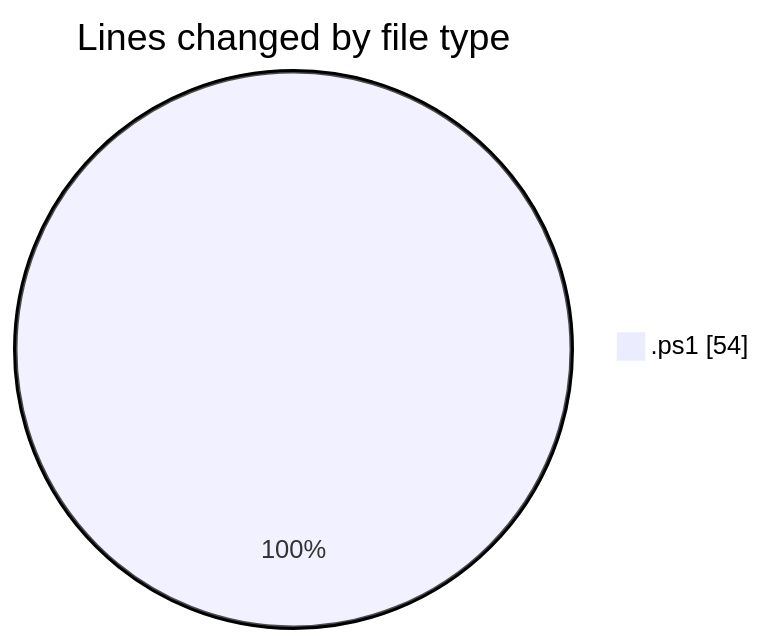
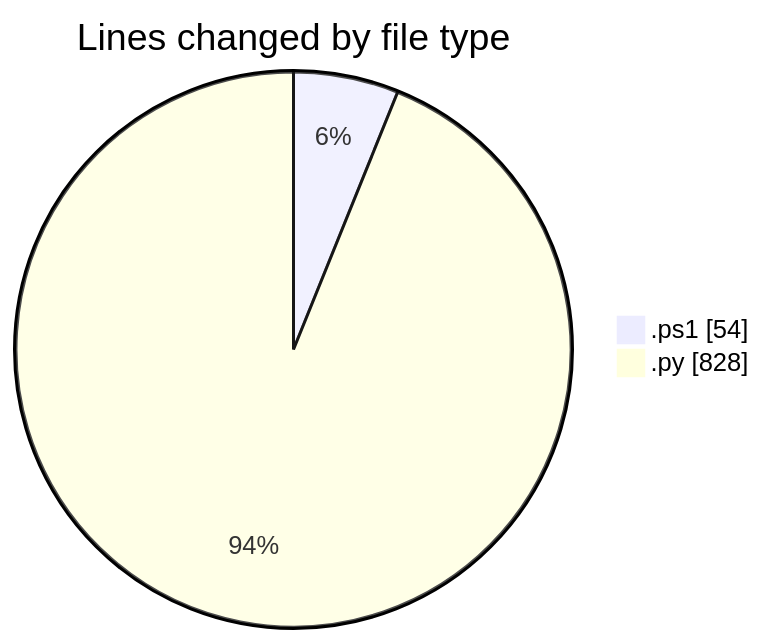
One commit to shibass792/code-tracking changed the first of 2 diagrams in 2026-07-14/shibass-ai/README.md. Above: the diagram before and after it, drawn with Mermaid. The commit also changed other lines of this file and 1 other file, not shown here.

````diff
--- a/2026-07-14/shibass-ai/README.md
+++ b/2026-07-14/shibass-ai/README.md
@@ -20,5 +21,6 @@
 ```mermaid
 pie showData
 title Lines changed by file type
 ".ps1" : 54
+".py" : 828
 ```
````
